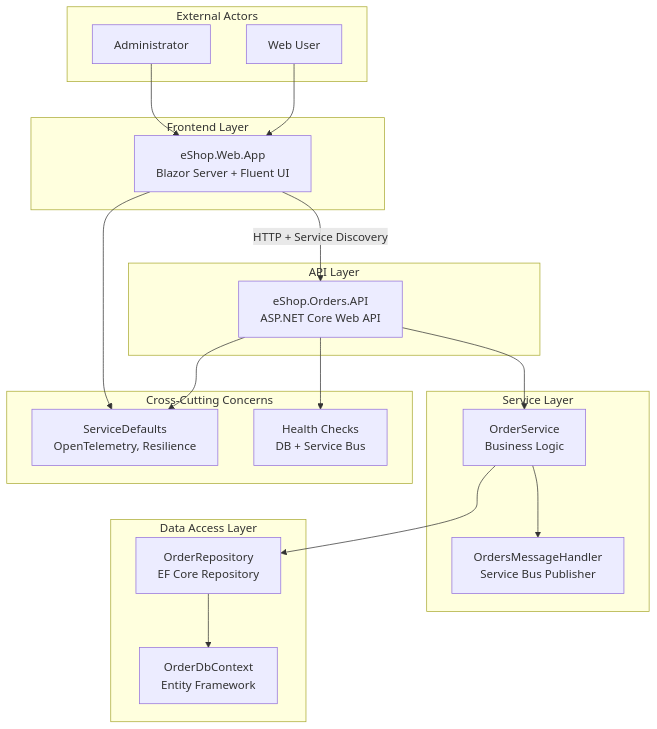
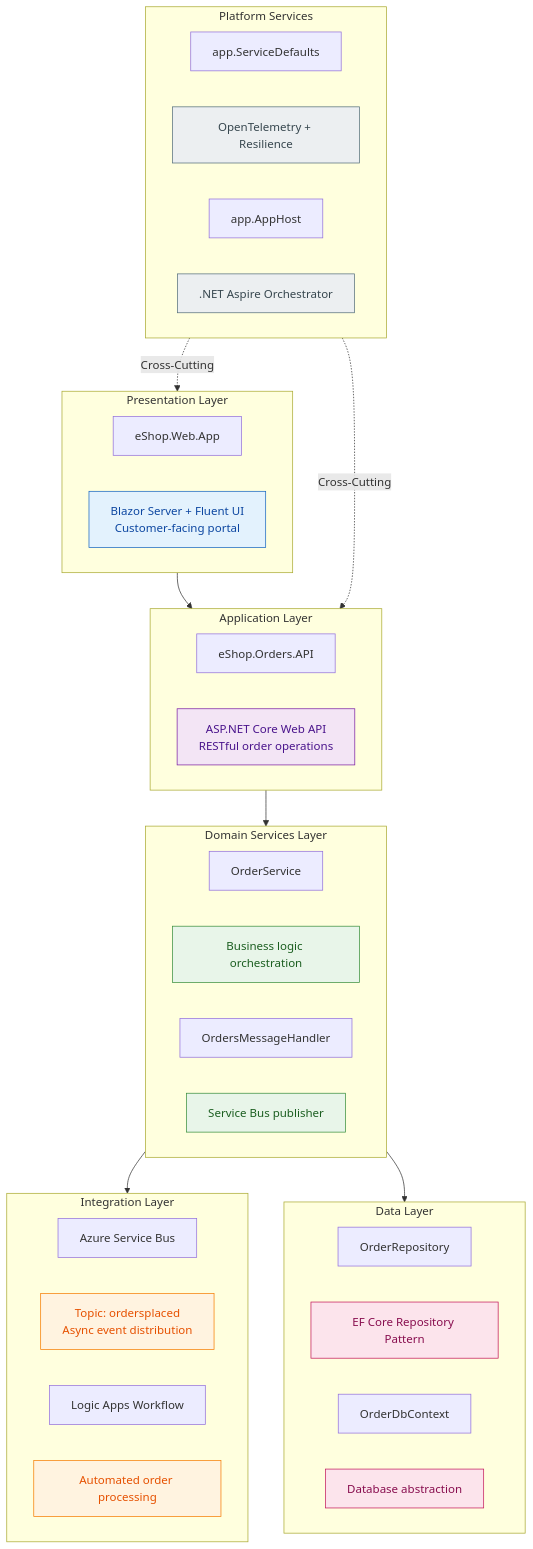
The second of 12 diagrams in docs/SolutionArchitecture.md (Evilazaro/Azure-LogicApps-Monitoring), drawn with Mermaid before and after one commit. The commit also changed other lines of this file, not shown here.

Commit message:
Enhance architecture documentation with detailed descriptions for order management, event processing, workflow automation, and observability components in SolutionArchitecture.md

````diff
--- a/docs/SolutionArchitecture.md
+++ b/docs/SolutionArchitecture.md
@@ -138,42 +125,66 @@
 ```mermaid
-flowchart TD
-    subgraph External["External Actors"]
-        User["Web User"]
-        Admin["Administrator"]
+flowchart TB
+    subgraph Presentation["Presentation Layer"]
+        direction LR
+        P1["eShop.Web.App"]
+        P1_Desc["Blazor Server + Fluent UI<br/>Customer-facing portal"]
     end
     
-    subgraph FrontendLayer["Frontend Layer"]
-        WebApp["eShop.Web.App<br/>Blazor Server + Fluent UI"]
+    subgraph Application["Application Layer"]
+        direction LR
+        A1["eShop.Orders.API"]
+        A1_Desc["ASP.NET Core Web API<br/>RESTful order operations"]
     end
     
-    subgraph APILayer["API Layer"]
-        OrdersAPI["eShop.Orders.API<br/>ASP.NET Core Web API"]
+    subgraph Domain["Domain Services Layer"]
+        direction LR
+        D1["OrderService"]
+        D1_Desc["Business logic orchestration"]
+        D2["OrdersMessageHandler"]
+        D2_Desc["Service Bus publisher"]
     end
     
-    subgraph ServiceLayer["Service Layer"]
-        OrderService["OrderService<br/>Business Logic"]
-        MessageHandler["OrdersMessageHandler<br/>Service Bus Publisher"]
+    subgraph Integration["Integration Layer"]
+        direction LR
+        I1["Azure Service Bus"]
+        I1_Desc["Topic: ordersplaced<br/>Async event distribution"]
+        I2["Logic Apps Workflow"]
+        I2_Desc["Automated order processing"]
     end
     
-    subgraph DataLayer["Data Access Layer"]
-        OrderRepo["OrderRepository<br/>EF Core Repository"]
-        DbContext["OrderDbContext<br/>Entity Framework"]
+    subgraph Data["Data Layer"]
+        direction LR
+        DA1["OrderRepository"]
+        DA1_Desc["EF Core Repository Pattern"]
+        DA2["OrderDbContext"]
+        DA2_Desc["Database abstraction"]
     end
     
-    subgraph CrossCutting["Cross-Cutting Concerns"]
-        ServiceDefaults["ServiceDefaults<br/>OpenTelemetry, Resilience"]
-        HealthChecks["Health Checks<br/>DB + Service Bus"]
+    subgraph Platform["Platform Services"]
+        direction LR
+        PS1["app.ServiceDefaults"]
+        PS1_Desc["OpenTelemetry + Resilience"]
+        PS2["app.AppHost"]
+        PS2_Desc[".NET Aspire Orchestrator"]
     end
     
-    User --> WebApp
-    Admin --> WebApp
-    WebApp -->|"HTTP + Service Discovery"| OrdersAPI
-    OrdersAPI --> OrderService
-    OrderService --> MessageHandler
-    OrderService --> OrderRepo
-    OrderRepo --> DbContext
+    %% Layer connections (high-level flow)
+    Presentation --> Application
+    Application --> Domain
+    Domain --> Integration
+    Domain --> Data
+    Platform -.->|"Cross-Cutting"| Presentation
+    Platform -.->|"Cross-Cutting"| Application
     
-    OrdersAPI --> ServiceDefaults
-    WebApp --> ServiceDefaults
-    OrdersAPI --> HealthChecks
+    %% Styling
+    style P1_Desc fill:#e3f2fd,stroke:#1565c0,color:#0d47a1
+    style A1_Desc fill:#f3e5f5,stroke:#7b1fa2,color:#4a148c
+    style D1_Desc fill:#e8f5e9,stroke:#388e3c,color:#1b5e20
+    style D2_Desc fill:#e8f5e9,stroke:#388e3c,color:#1b5e20
+    style I1_Desc fill:#fff3e0,stroke:#f57c00,color:#e65100
+    style I2_Desc fill:#fff3e0,stroke:#f57c00,color:#e65100
+    style DA1_Desc fill:#fce4ec,stroke:#c2185b,color:#880e4f
+    style DA2_Desc fill:#fce4ec,stroke:#c2185b,color:#880e4f
+    style PS1_Desc fill:#eceff1,stroke:#546e7a,color:#37474f
+    style PS2_Desc fill:#eceff1,stroke:#546e7a,color:#37474f
 ```
````
